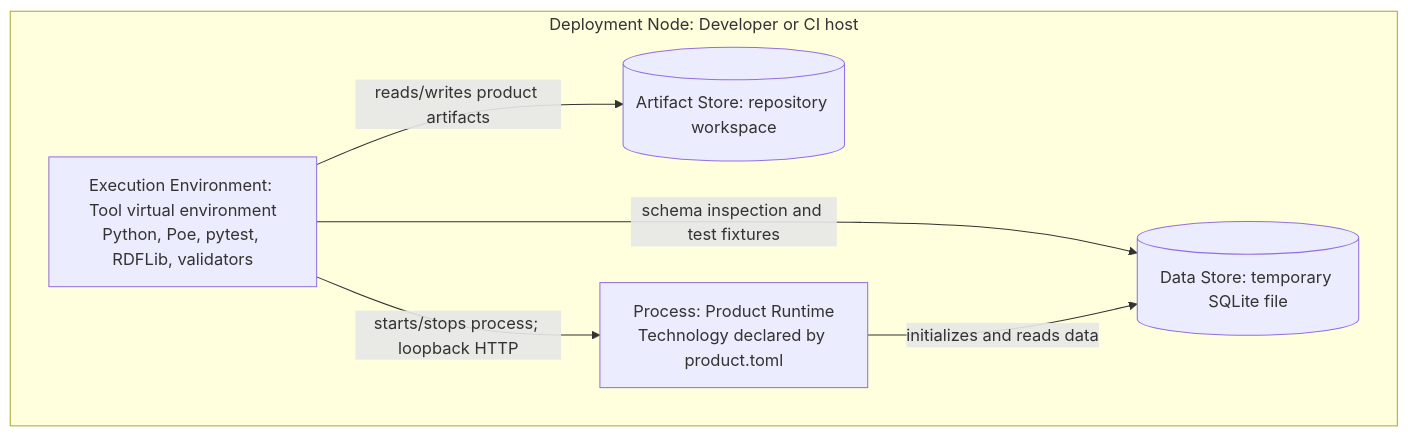
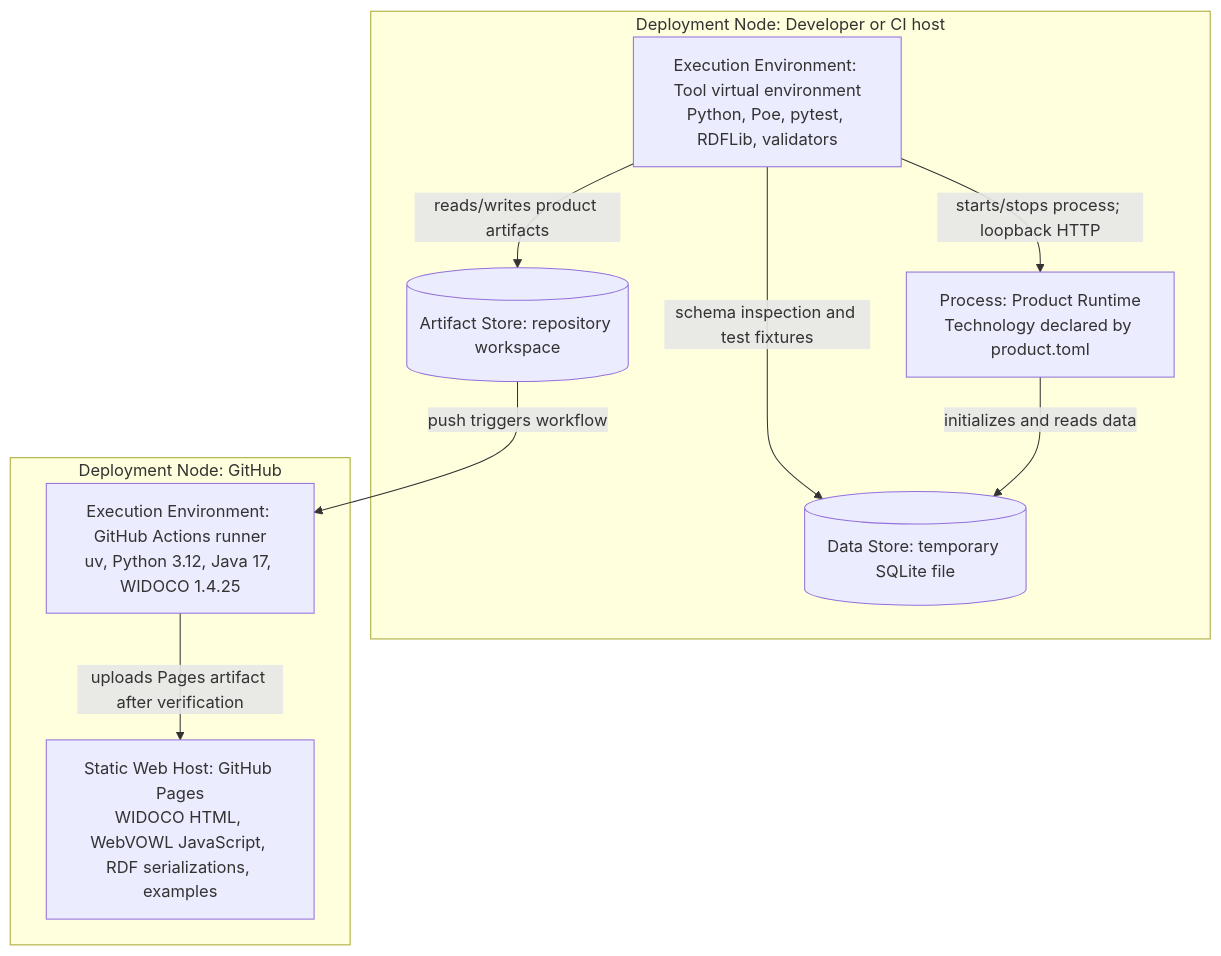
The fifth of 5 diagrams in docs/architecture/arc42.md (arturmiller/spec-compiler), drawn with Mermaid before and after one commit. The commit also changed other lines of this file and 16 other files, not shown here.

Commit message:
Publish ontology documentation with GitHub Pages

````diff
--- a/docs/architecture/arc42.md
+++ b/docs/architecture/arc42.md
@@ -271,14 +306,22 @@
 ```mermaid
 flowchart TB
     subgraph host["Deployment Node: Developer or CI host"]
         tool["Execution Environment: Tool virtual environment<br/>Python, Poe, pytest, RDFLib, validators"]
         product["Process: Product Runtime<br/>Technology declared by product.toml"]
         db[("Data Store: temporary SQLite file")]
         files[("Artifact Store: repository workspace")]
 
         tool -->|"reads/writes product artifacts"| files
         tool -->|"starts/stops process; loopback HTTP"| product
         tool -->|"schema inspection and test fixtures"| db
         product -->|"initializes and reads data"| db
     end
+
+    subgraph github["Deployment Node: GitHub"]
+        actions["Execution Environment: GitHub Actions runner<br/>uv, Python 3.12, Java 17, WIDOCO 1.4.25"]
+        pages["Static Web Host: GitHub Pages<br/>WIDOCO HTML, WebVOWL JavaScript, RDF serializations, examples"]
+        actions -->|"uploads Pages artifact after verification"| pages
+    end
+
+    files -->|"push triggers workflow"| actions
 ```
````
